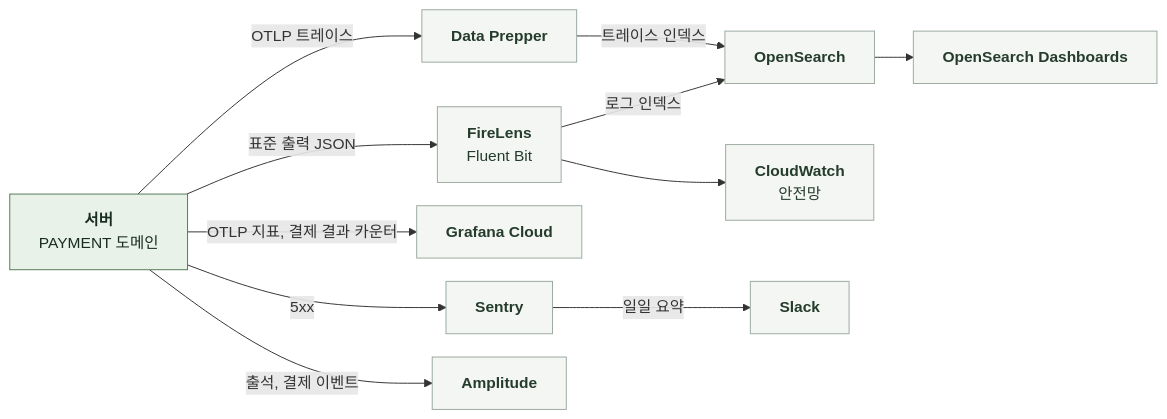
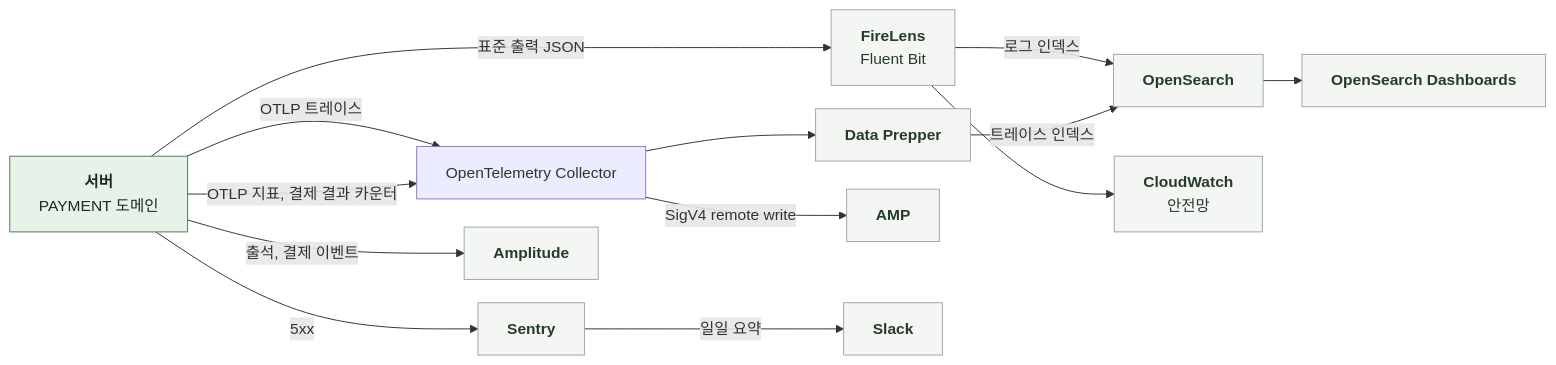
The diagram in docs/domain/PAYMENT/BACKEND/5-4-OBSERVABILITY.md (KIM-N-KANG/knk-harness), drawn with Mermaid before and after one commit. The commit also changed other lines of this file and 342 other files, not shown here.

````diff
--- a/docs/domain/PAYMENT/BACKEND/5-4-OBSERVABILITY.md
+++ b/docs/domain/PAYMENT/BACKEND/5-4-OBSERVABILITY.md
@@ -11,22 +11,24 @@
 ```mermaid
 %%{init: {"flowchart": {"curve": "basis", "nodeSpacing": 24, "rankSpacing": 40}}}%%
 flowchart LR
     S["`**서버**
 PAYMENT 도메인`"]
     S -->|표준 출력 JSON| F["`**FireLens**
 Fluent Bit`"]
     F -->|로그 인덱스| OS["`**OpenSearch**`"]
     F --> CW["`**CloudWatch**
 안전망`"]
-    S -->|OTLP 트레이스| DP["`**Data Prepper**`"]
+    S -->|OTLP 트레이스| C["OpenTelemetry Collector"]
+    C --> DP["`**Data Prepper**`"]
     DP -->|트레이스 인덱스| OS
     OS --> OD["`**OpenSearch Dashboards**`"]
-    S -->|OTLP 지표, 결제 결과 카운터| G["`**Grafana Cloud**`"]
+    S -->|OTLP 지표, 결제 결과 카운터| C
+    C -->|SigV4 remote write| G["`**AMP**`"]
     S -->|5xx| SE["`**Sentry**`"]
     SE -->|일일 요약| SL["`**Slack**`"]
     S -->|출석, 결제 이벤트| AM["`**Amplitude**`"]
     classDef comp fill:#E8F2E8,stroke:#527A59,color:#182D1D
     classDef ext fill:#F4F6F4,stroke:#9BA99E,color:#253C2C
     class S comp
     class F,OS,CW,DP,OD,G,SE,SL,AM ext
 ```
````
